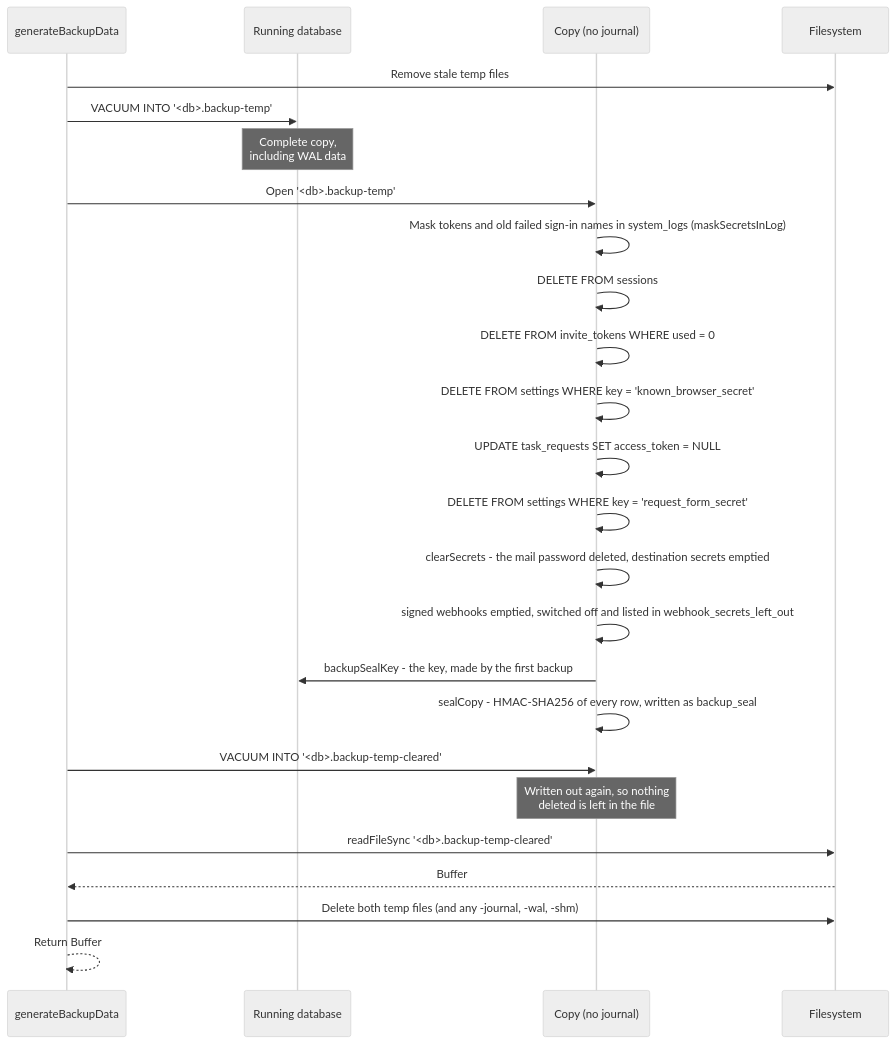
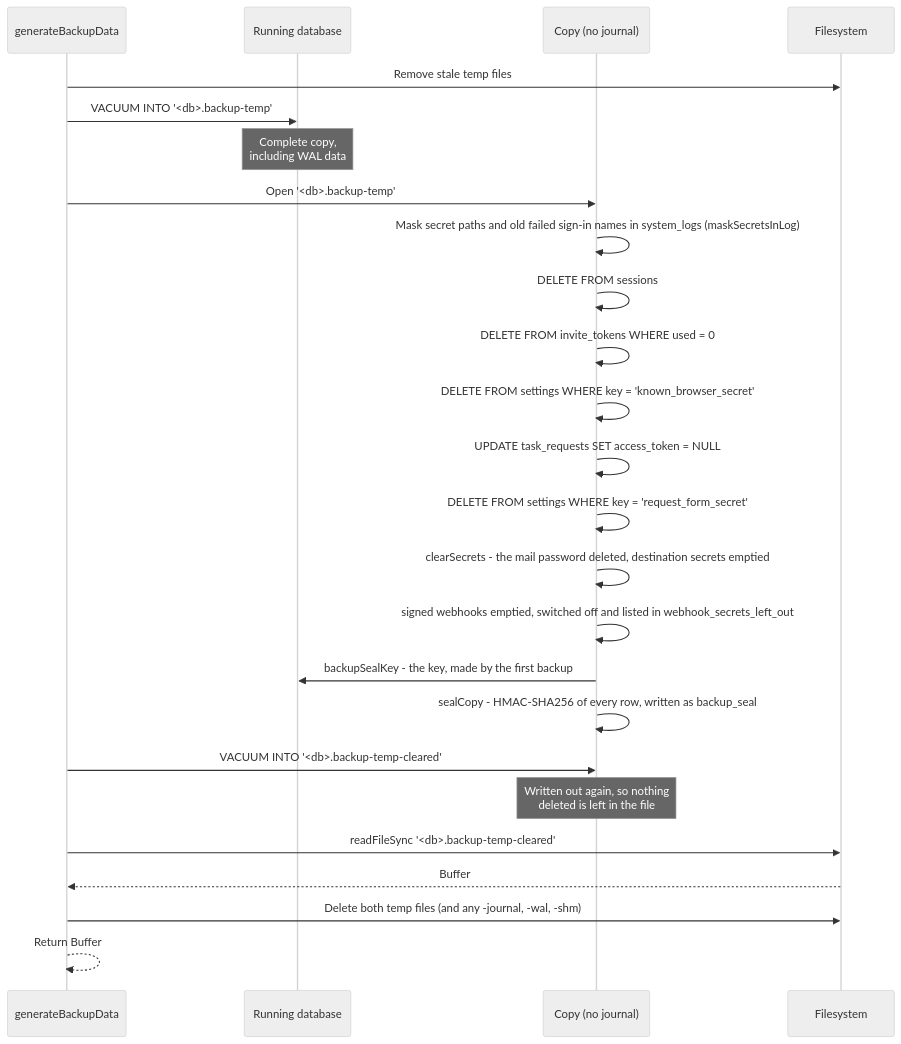
One commit to gitBoon/DumpFire changed the sixth of 20 diagrams in docs/backup-reporting.md. Above: the diagram before and after it, drawn with Mermaid (neutral theme). The commit also changed other lines of this file and 29 other files, not shown here.

````diff
--- a/docs/backup-reporting.md
+++ b/docs/backup-reporting.md
@@ -493,28 +494,28 @@
 ```mermaid
 sequenceDiagram
     participant Backup as generateBackupData
     participant Live as Running database
     participant Copy as Copy (no journal)
     participant FS as Filesystem
 
     Backup->>FS: Remove stale temp files
     Backup->>Live: VACUUM INTO '<db>.backup-temp'
     Note over Live: Complete copy,<br/>including WAL data
     Backup->>Copy: Open '<db>.backup-temp'
-    Copy->>Copy: Mask tokens and old failed sign-in names in system_logs (maskSecretsInLog)
+    Copy->>Copy: Mask secret paths and old failed sign-in names in system_logs (maskSecretsInLog)
     Copy->>Copy: DELETE FROM sessions
     Copy->>Copy: DELETE FROM invite_tokens WHERE used = 0
     Copy->>Copy: DELETE FROM settings WHERE key = 'known_browser_secret'
     Copy->>Copy: UPDATE task_requests SET access_token = NULL
     Copy->>Copy: DELETE FROM settings WHERE key = 'request_form_secret'
     Copy->>Copy: clearSecrets - the mail password deleted, destination secrets emptied
     Copy->>Copy: signed webhooks emptied, switched off and listed in webhook_secrets_left_out
     Copy->>Live: backupSealKey - the key, made by the first backup
     Copy->>Copy: sealCopy - HMAC-SHA256 of every row, written as backup_seal
     Backup->>Copy: VACUUM INTO '<db>.backup-temp-cleared'
     Note over Copy: Written out again, so nothing<br/>deleted is left in the file
     Backup->>FS: readFileSync '<db>.backup-temp-cleared'
     FS-->>Backup: Buffer
     Backup->>FS: Delete both temp files (and any -journal, -wal, -shm)
     Backup-->>Backup: Return Buffer
 ```
````
